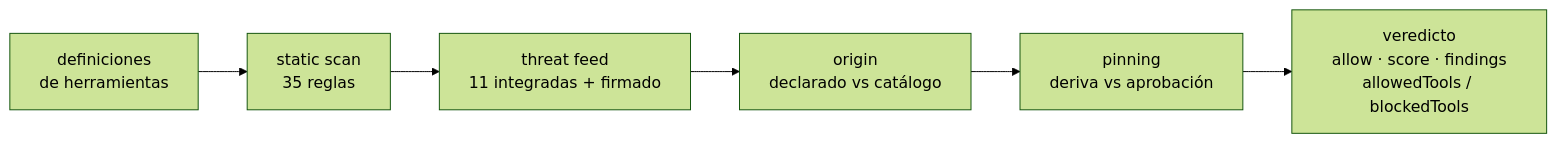
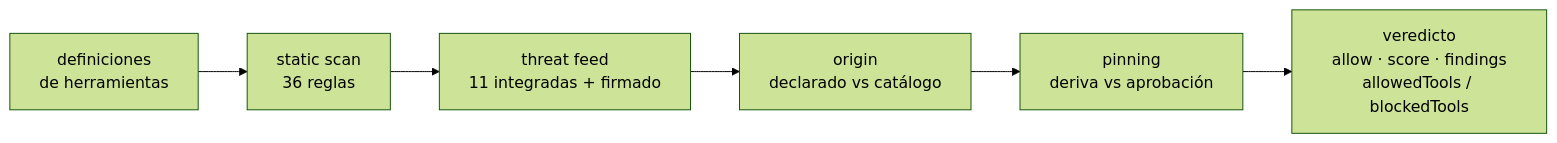
Before and after one commit to alexar76/warden: the diagram in README-es.md, drawn with Mermaid (forest theme). The commit also changed other lines of this file and 58 other files, not shown here.

````diff
--- a/README-es.md
+++ b/README-es.md
@@ -223,8 +227,8 @@
 ```mermaid
 flowchart LR
-  T["definiciones<br/>de herramientas"] --> S["static scan<br/>35 reglas"]
+  T["definiciones<br/>de herramientas"] --> S["static scan<br/>36 reglas"]
   S --> F["threat feed<br/>11 integradas + firmado"]
   F --> O["origin<br/>declarado vs catálogo"]
   O --> P["pinning<br/>deriva vs aprobación"]
   P --> V["veredicto<br/>allow · score · findings<br/>allowedTools / blockedTools"]
 ```
````
